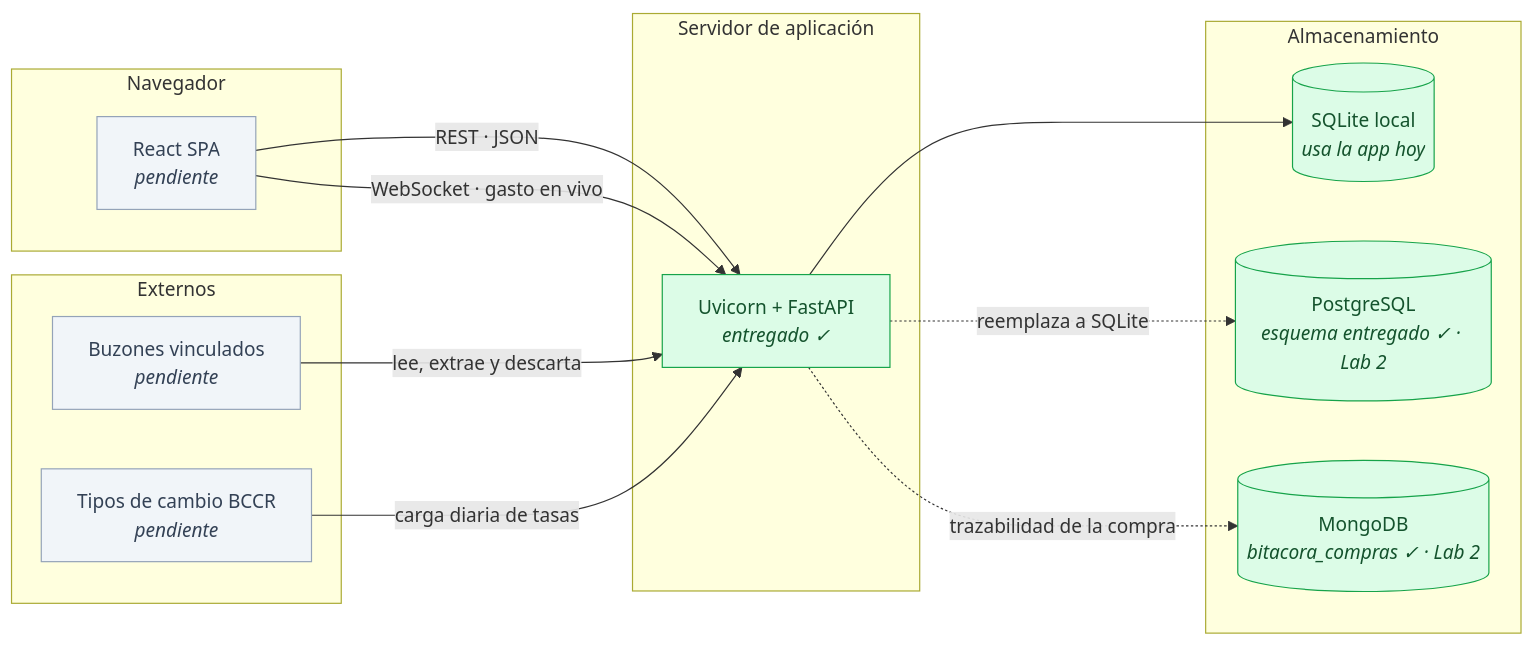
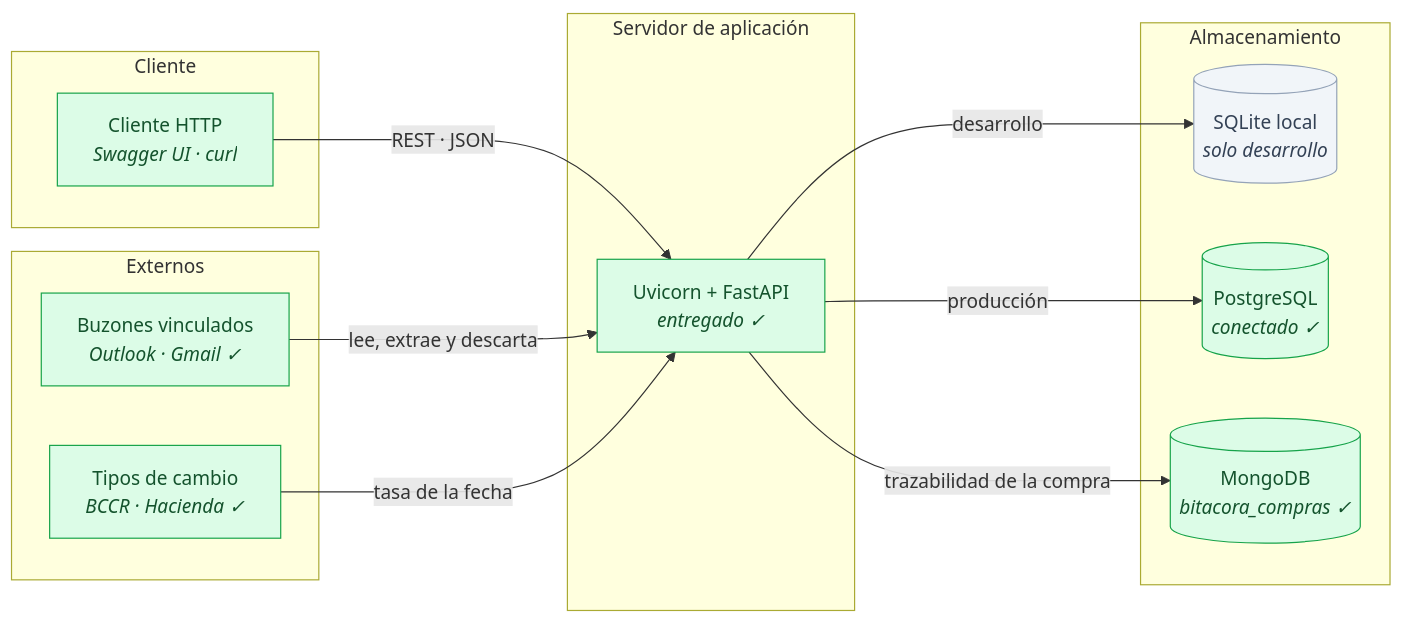
One commit to LewMontes/Proyecto-EIF509 changed the fifth of 5 diagrams in docs/arquitectura.md. Above: the diagram before and after it, drawn with Mermaid. The commit also changed other lines of this file and 2 other files, not shown here.

````diff
--- a/docs/arquitectura.md
+++ b/docs/arquitectura.md
@@ -322,34 +402,33 @@
 ```mermaid
 flowchart LR
-    subgraph Nav["Navegador"]
-        React["React SPA<br/><i>pendiente</i>"]
+    subgraph Nav["Cliente"]
+        React["Cliente HTTP<br/><i>Swagger UI · curl</i>"]
     end
 
     subgraph Servidor["Servidor de aplicación"]
         Uvicorn["Uvicorn + FastAPI<br/><i>entregado ✓</i>"]
     end
 
     subgraph Datos["Almacenamiento"]
-        SQLite[("SQLite local<br/><i>usa la app hoy</i>")]
-        PG[("PostgreSQL<br/><i>esquema entregado ✓ · Lab 2</i>")]
-        Mongo[("MongoDB<br/><i>bitacora_compras ✓ · Lab 2</i>")]
+        SQLite[("SQLite local<br/><i>solo desarrollo</i>")]
+        PG[("PostgreSQL<br/><i>conectado ✓</i>")]
+        Mongo[("MongoDB<br/><i>bitacora_compras ✓</i>")]
     end
 
     subgraph Ext["Externos"]
-        Correo["Buzones vinculados<br/><i>pendiente</i>"]
-        BCCR["Tipos de cambio BCCR<br/><i>pendiente</i>"]
+        Correo["Buzones vinculados<br/><i>Outlook · Gmail ✓</i>"]
+        BCCR["Tipos de cambio<br/><i>BCCR · Hacienda ✓</i>"]
     end
 
     React -->|REST · JSON| Uvicorn
-    React -->|WebSocket · gasto en vivo| Uvicorn
-    Uvicorn --> SQLite
-    Uvicorn -.->|reemplaza a SQLite| PG
-    Uvicorn -.->|trazabilidad de la compra| Mongo
+    Uvicorn -->|desarrollo| SQLite
+    Uvicorn -->|producción| PG
+    Uvicorn -->|trazabilidad de la compra| Mongo
     Correo -->|lee, extrae y descarta| Uvicorn
-    BCCR -->|carga diaria de tasas| Uvicorn
+    BCCR -->|tasa de la fecha| Uvicorn
 
     classDef hecho fill:#DCFCE7,stroke:#16A34A,color:#14532D
     classDef futuro fill:#F1F5F9,stroke:#94A3B8,color:#334155
-    class Uvicorn,SQLite,PG,Mongo hecho
-    class React,Correo,BCCR futuro
+    class Uvicorn,PG,Mongo,React,Correo,BCCR hecho
+    class SQLite futuro
 ```
````
